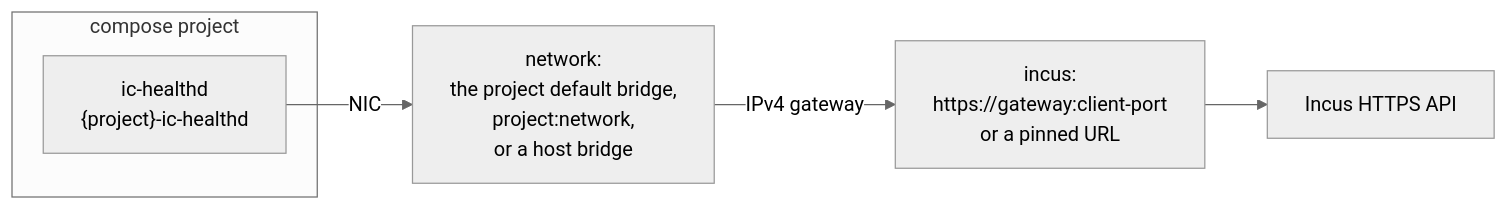
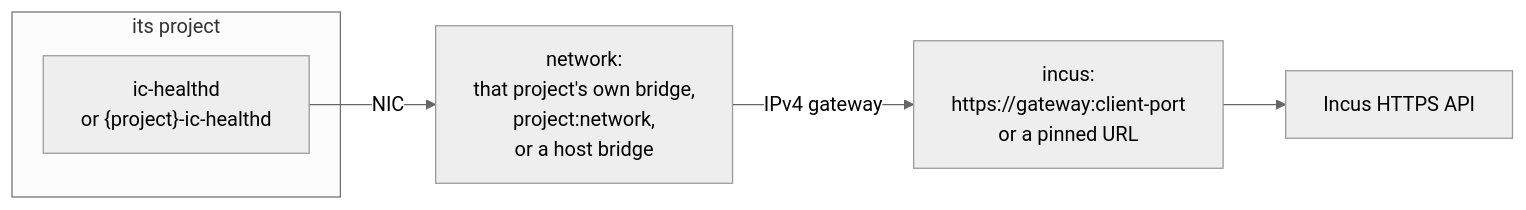
Before and after one commit to jochumdev/incus-compose-docs: the fourth of 4 diagrams in root/healthd.md, drawn with Mermaid (neutral theme). The commit also changed other lines of this file and 3 other files, not shown here.

Commit message:
the shared daemon gets its own project and network

````diff
--- a/root/healthd.md
+++ b/root/healthd.md
@@ -320,10 +320,10 @@
 ```mermaid
 flowchart LR
-    subgraph P["compose project"]
-        H["ic-healthd<br/>{project}-ic-healthd"]
+    subgraph P["its project"]
+        H["ic-healthd<br/>or {project}-ic-healthd"]
     end
 
-    H -->|NIC| BR["network:<br/>the project default bridge,<br/>project:network,<br/>or a host bridge"]
+    H -->|NIC| BR["network:<br/>that project's own bridge,<br/>project:network,<br/>or a host bridge"]
     BR -->|"IPv4 gateway"| EP["incus:<br/>https://gateway:client-port<br/>or a pinned URL"]
     EP --> API[Incus HTTPS API]
 ```
````
